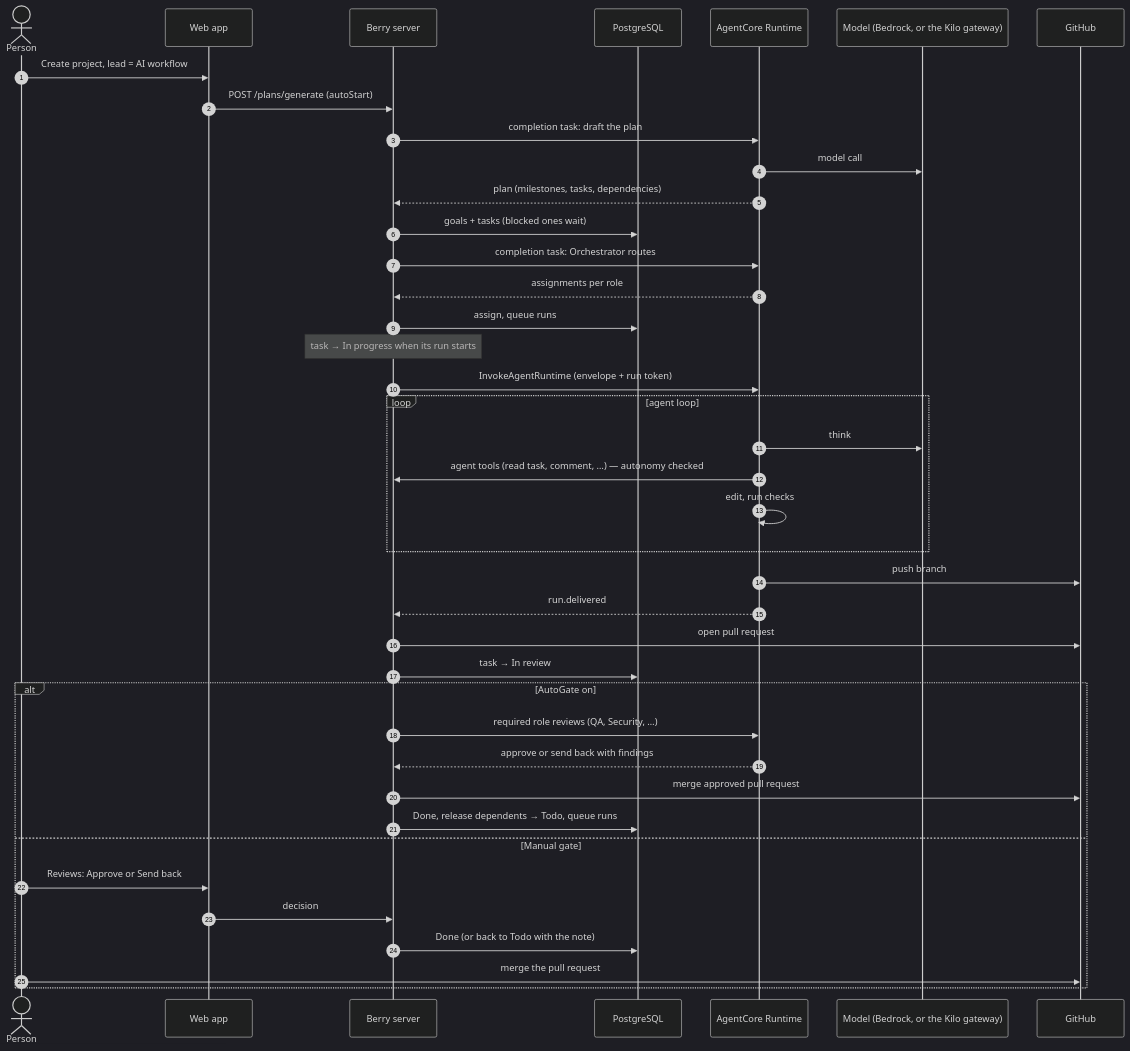
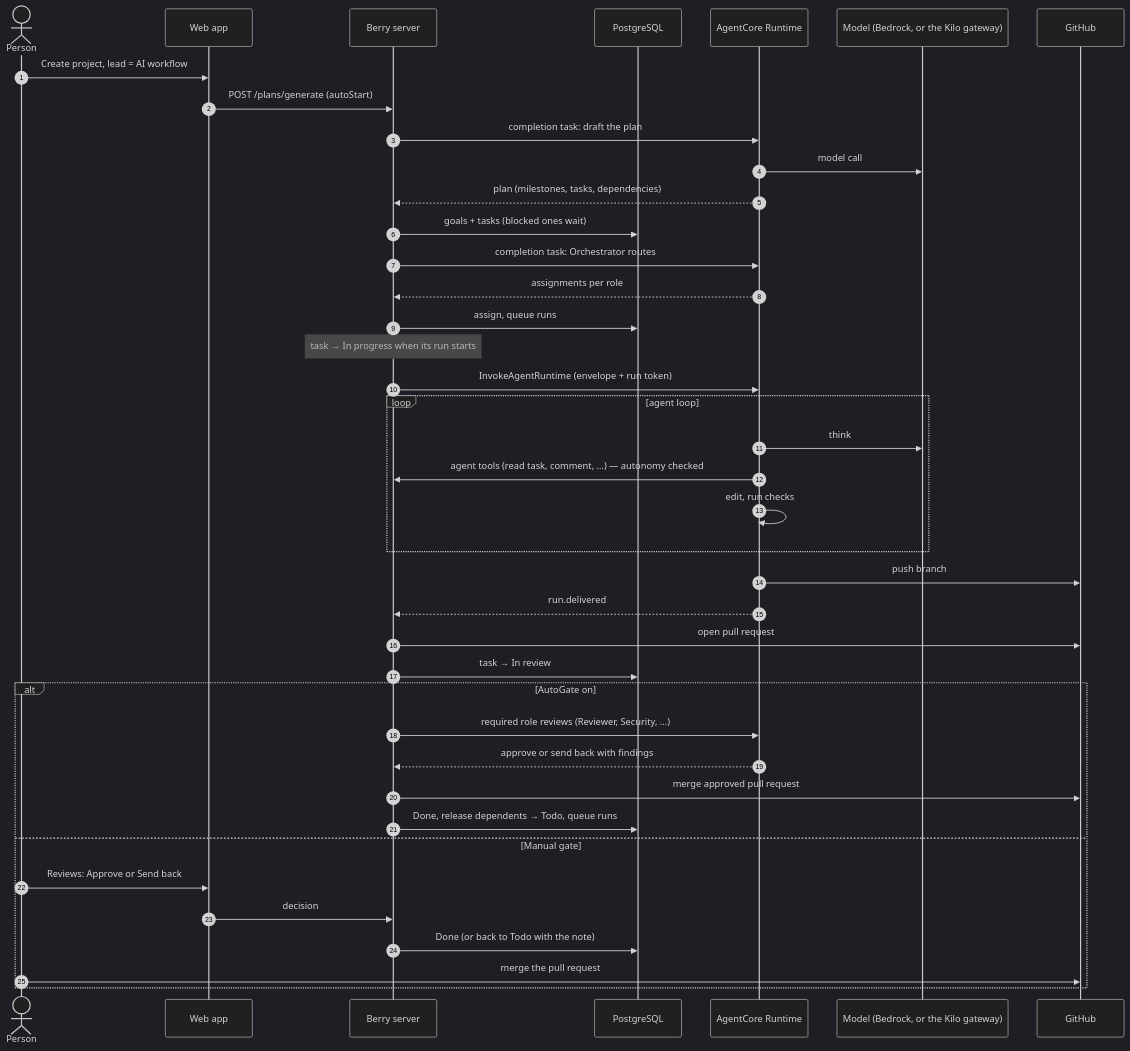
Before and after one commit to laravel42/berry: the second of 2 diagrams in docs/architecture.md, drawn with Mermaid (dark theme). The commit also changed other lines of this file and 12 other files, not shown here.

````diff
--- a/docs/architecture.md
+++ b/docs/architecture.md
@@ -118,43 +118,43 @@
 ```mermaid
 sequenceDiagram
     autonumber
     actor P as Person
     participant W as Web app
     participant B as Berry server
     participant DB as PostgreSQL
     participant R as AgentCore Runtime
     participant M as Model (Bedrock, or the Kilo gateway)
     participant G as GitHub
 
     P->>W: Create project, lead = AI workflow
     W->>B: POST /plans/generate (autoStart)
     B->>R: completion task: draft the plan
     R->>M: model call
     R-->>B: plan (milestones, tasks, dependencies)
     B->>DB: goals + tasks (blocked ones wait)
     B->>R: completion task: Orchestrator routes
     R-->>B: assignments per role
     B->>DB: assign, queue runs
     Note over B: task → In progress when its run starts
     B->>R: InvokeAgentRuntime (envelope + run token)
     loop agent loop
         R->>M: think
         R->>B: agent tools (read task, comment, …) — autonomy checked
         R->>R: edit, run checks
     end
     R->>G: push branch
     R-->>B: run.delivered
     B->>G: open pull request
     B->>DB: task → In review
     alt AutoGate on
-        B->>R: required role reviews (QA, Security, …)
+        B->>R: required role reviews (Reviewer, Security, …)
         R-->>B: approve or send back with findings
         B->>G: merge approved pull request
         B->>DB: Done, release dependents → Todo, queue runs
     else Manual gate
         P->>W: Reviews: Approve or Send back
         W->>B: decision
         B->>DB: Done (or back to Todo with the note)
         P->>G: merge the pull request
     end
 ```
````
